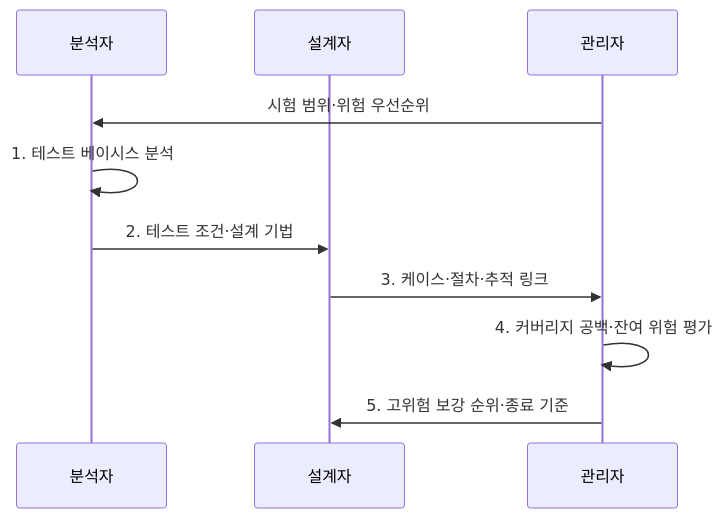
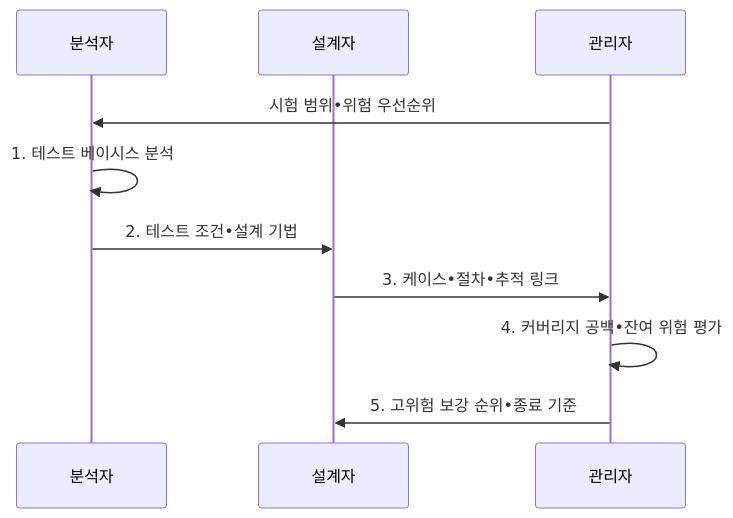
One commit to agnusdei1207/knowledge-base changed the second of 2 diagrams in src/content/docs/notes/03-software/079_iso_29119_test_design.md. Above: the diagram before and after it, drawn with Mermaid. The commit also changed other lines of this file and 953 other files, not shown here.

````diff
--- a/src/content/docs/notes/03-software/079_iso_29119_test_design.md
+++ b/src/content/docs/notes/03-software/079_iso_29119_test_design.md
@@ -105,12 +105,12 @@
 ```mermaid
 sequenceDiagram
     participant A as 분석자
     participant D as 설계자
     participant M as 관리자
-    M->>A: 시험 범위·위험 우선순위
+    M->>A: 시험 범위•위험 우선순위
     A->>A: 1. 테스트 베이시스 분석
-    A->>D: 2. 테스트 조건·설계 기법
-    D->>M: 3. 케이스·절차·추적 링크
-    M->>M: 4. 커버리지 공백·잔여 위험 평가
-    M->>D: 5. 고위험 보강 순위·종료 기준
+    A->>D: 2. 테스트 조건•설계 기법
+    D->>M: 3. 케이스•절차•추적 링크
+    M->>M: 4. 커버리지 공백•잔여 위험 평가
+    M->>D: 5. 고위험 보강 순위•종료 기준
 ```
````
